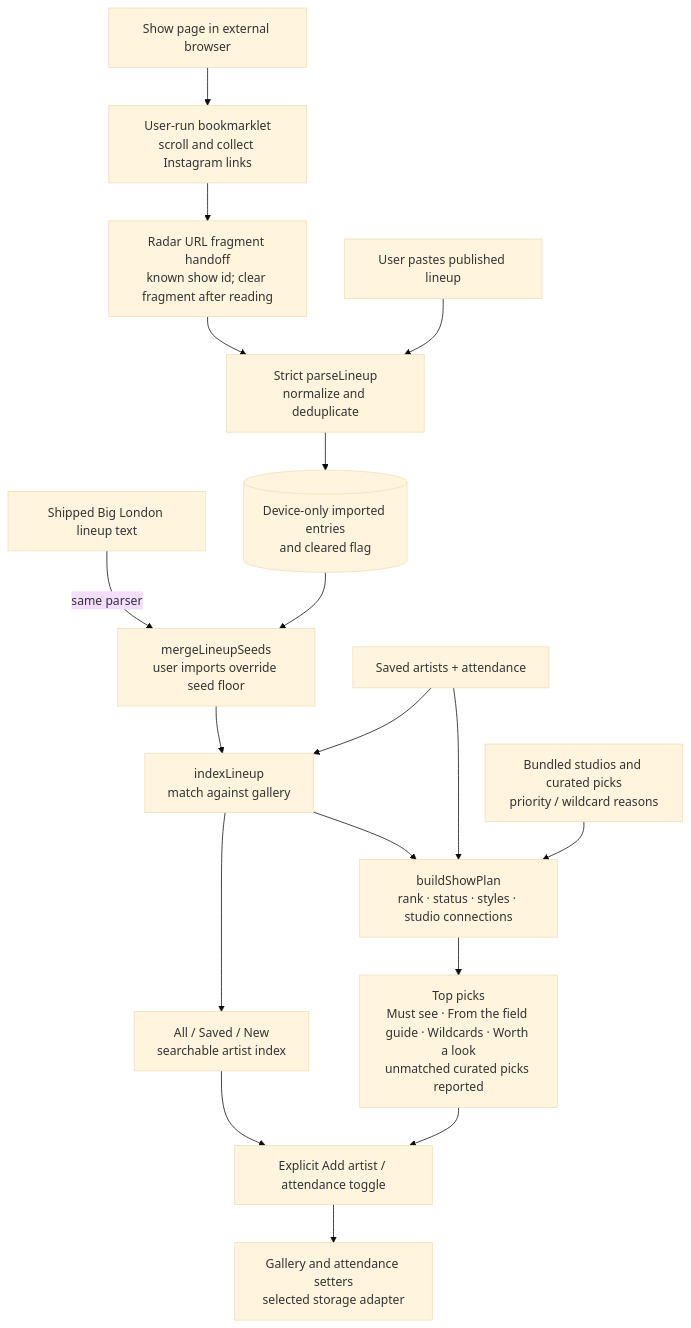
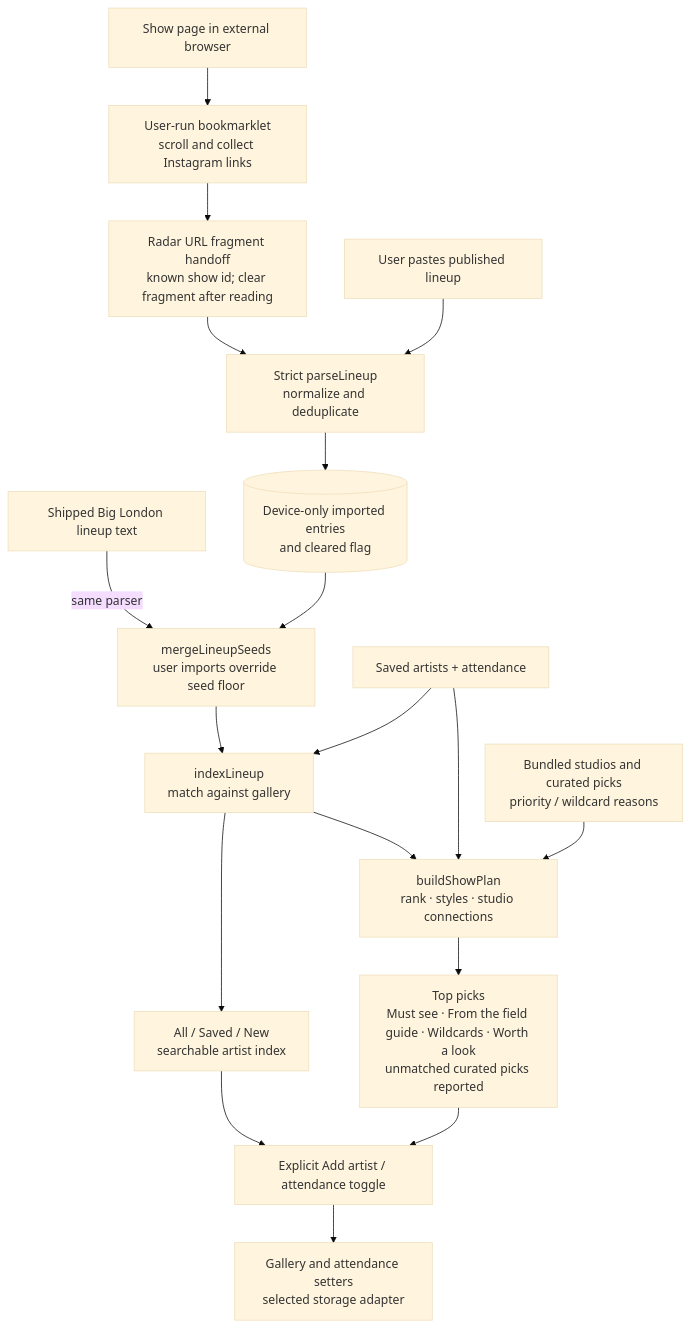
Diagram 12 of 13 in docs/ARCHITECTURE.md (Pritesh1980/sable), drawn with Mermaid (base theme) before and after one commit. The commit also changed other lines of this file and 85 other files, not shown here.

First line of the commit message:
feat(plan): Pipeline becomes Plan, and artist status leaves the app (#220 D)

````diff
--- a/docs/ARCHITECTURE.md
+++ b/docs/ARCHITECTURE.md
@@ -825,30 +825,30 @@
 ```mermaid
 flowchart TB
   SEED["Shipped Big London lineup text"]
   PASTE["User pastes published lineup"]
   SHOW["Show page in external browser"]
   GRAB["User-run bookmarklet<br/>scroll and collect Instagram links"]
   HASH["Radar URL fragment handoff<br/>known show id; clear fragment after reading"]
   PARSE["Strict parseLineup<br/>normalize and deduplicate"]
   STORE[("Device-only imported entries<br/>and cleared flag")]
   MERGE["mergeLineupSeeds<br/>user imports override seed floor"]
   GALLERY["Saved artists + attendance"]
   INDEX["indexLineup<br/>match against gallery"]
   AZ["All / Saved / New<br/>searchable artist index"]
-  PLAN["buildShowPlan<br/>rank · status · styles · studio connections"]
+  PLAN["buildShowPlan<br/>rank · styles · studio connections"]
   CURATED["Bundled studios and curated picks<br/>priority / wildcard reasons"]
   PICKS["Top picks<br/>Must see · From the field guide · Wildcards · Worth a look<br/>unmatched curated picks reported"]
   KEEP["Explicit Add artist / attendance toggle"]
   SYNC["Gallery and attendance setters<br/>selected storage adapter"]
 
   SHOW --> GRAB --> HASH --> PARSE
   PASTE --> PARSE --> STORE
   SEED -- "same parser" --> MERGE
   STORE --> MERGE --> INDEX
   GALLERY --> INDEX --> AZ
   INDEX --> PLAN
   GALLERY --> PLAN
   CURATED --> PLAN --> PICKS
   AZ --> KEEP
   PICKS --> KEEP --> SYNC
 ```
````
